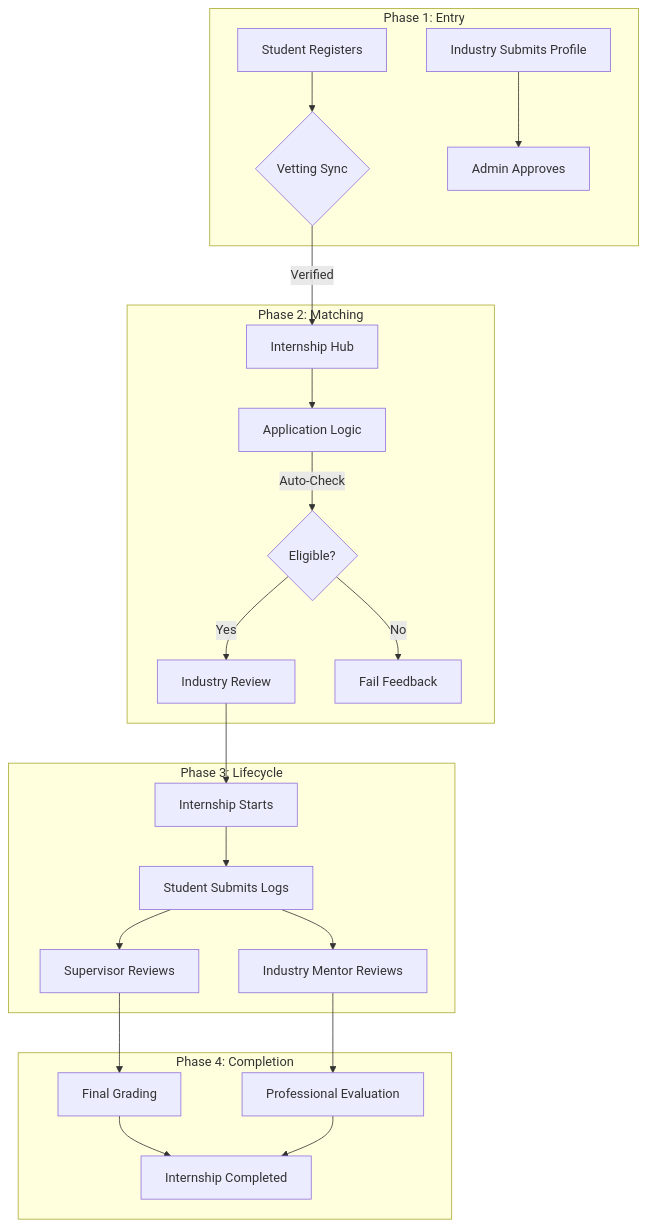
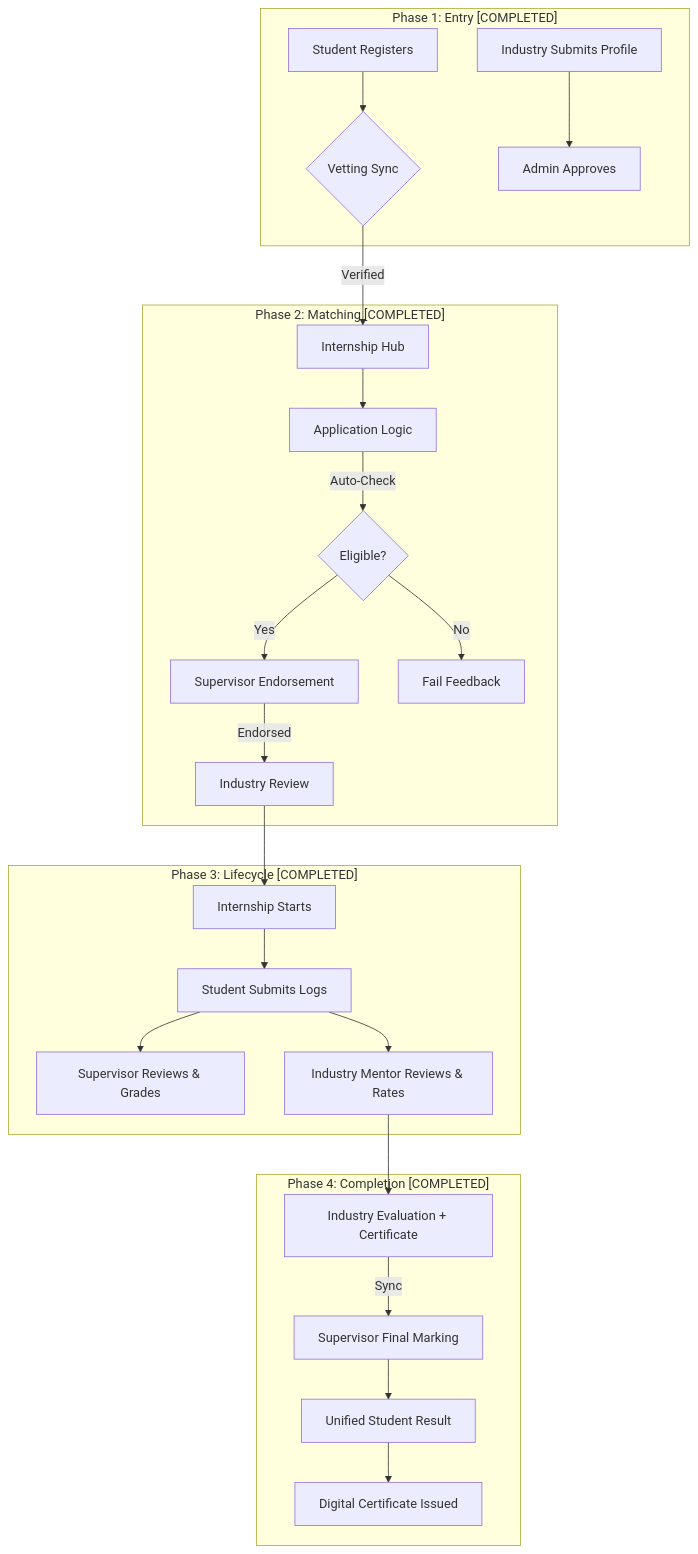
The diagram in PROJECT_FLOW.md (MuhammadShoaibKalim/Internship-Management-System), drawn with Mermaid before and after one commit. The commit also changed other lines of this file, not shown here.

Commit message:
feat: Implement core Internship Management System with comprehensive client-side pages, server-side APIs, and database models for all user roles.

````diff
--- a/PROJECT_FLOW.md
+++ b/PROJECT_FLOW.md
@@ -61,28 +58,30 @@
 ```mermaid
 graph TD
-    subgraph "Phase 1: Entry"
+    subgraph "Phase 1: Entry [COMPLETED]"
     ST[Student Registers] --> VS{Vetting Sync}
     IN[Industry Submits Profile] --> AD[Admin Approves]
     end
 
-    subgraph "Phase 2: Matching"
+    subgraph "Phase 2: Matching [COMPLETED]"
     VS -->|Verified| HUB[Internship Hub]
     HUB --> APPLY[Application Logic]
     APPLY -->|Auto-Check| ELIG{Eligible?}
-    ELIG -->|Yes| VET[Industry Review]
+    ELIG -->|Yes| SUP_VET[Supervisor Endorsement]
+    SUP_VET -->|Endorsed| VET[Industry Review]
     ELIG -->|No| REJ[Fail Feedback]
     end
 
-    subgraph "Phase 3: Lifecycle"
+    subgraph "Phase 3: Lifecycle [COMPLETED]"
     VET --> HIRED[Internship Starts]
     HIRED --> LOGS[Student Submits Logs]
-    LOGS --> SUP[Supervisor Reviews]
-    LOGS --> MNT[Industry Mentor Reviews]
+    LOGS --> SUP[Supervisor Reviews & Grades]
+    LOGS --> MNT[Industry Mentor Reviews & Rates]
     end
 
-    subgraph "Phase 4: Completion"
-    SUP --> MARK[Final Grading]
-    MNT --> EVAL[Professional Evaluation]
-    MARK & EVAL --> COMP[Internship Completed]
+    subgraph "Phase 4: Completion [COMPLETED]"
+    MNT --> EVAL[Industry Evaluation + Certificate]
+    EVAL -->|Sync| SUP_MARK[Supervisor Final Marking]
+    SUP_MARK --> RESULT[Unified Student Result]
+    RESULT --> COMP[Digital Certificate Issued]
     end
 ```
````
